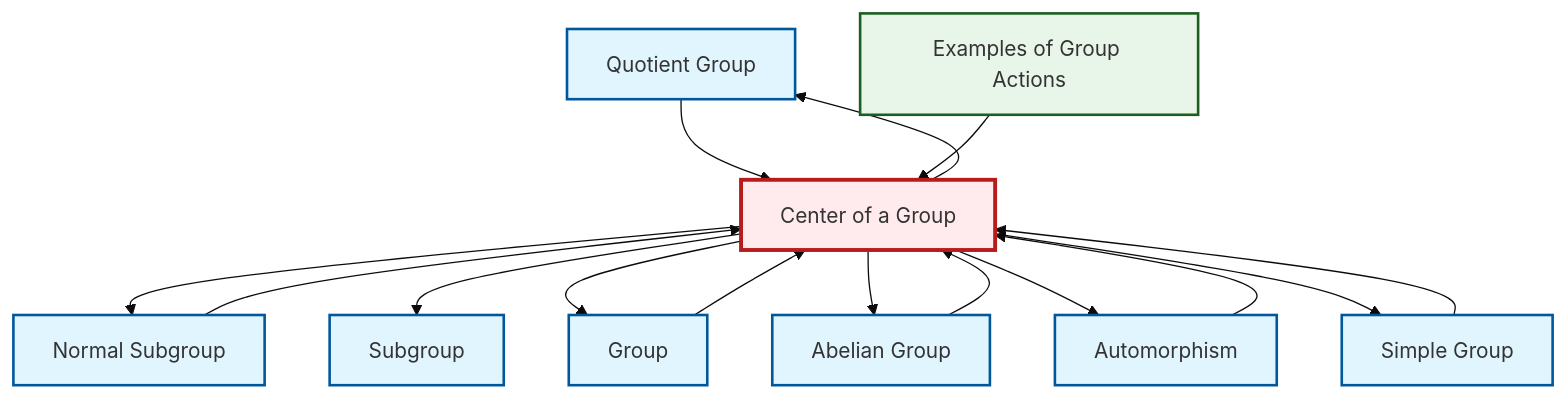
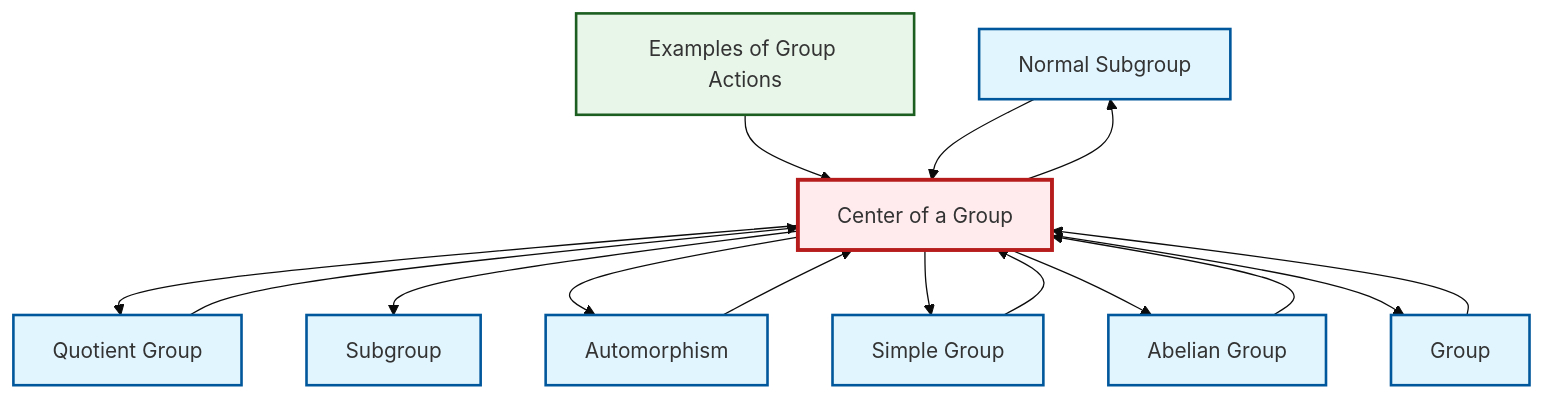
One commit to RK0429/ModernMath changed the diagram in output/mermaid/en/def-center-of-group.mermaid. Above: the diagram before and after it, drawn with Mermaid (base theme). The commit also changed other lines of this file and 1745 other files, not shown here.

```diff
--- a/output/mermaid/en/def-center-of-group.mermaid
+++ b/output/mermaid/en/def-center-of-group.mermaid
@@ -1,30 +1,30 @@
 graph TD
     classDef definition fill:#e1f5fe,stroke:#01579b,stroke-width:2px
     classDef theorem fill:#f3e5f5,stroke:#4a148c,stroke-width:2px
     classDef axiom fill:#fff3e0,stroke:#e65100,stroke-width:2px
     classDef example fill:#e8f5e9,stroke:#1b5e20,stroke-width:2px
     classDef current fill:#ffebee,stroke:#b71c1c,stroke-width:3px
-    def-quotient-group["Quotient Group"]:::definition
+    def-normal-subgroup["Normal Subgroup"]:::definition
+    def-center-of-group["Center of a Group"]:::definition
     def-subgroup["Subgroup"]:::definition
     ex-group-action-examples["Examples of Group Actions"]:::example
+    def-abelian-group["Abelian Group"]:::definition
+    def-quotient-group["Quotient Group"]:::definition
     def-group["Group"]:::definition
-    def-normal-subgroup["Normal Subgroup"]:::definition
+    def-simple-group["Simple Group"]:::definition
     def-automorphism["Automorphism"]:::definition
-    def-abelian-group["Abelian Group"]:::definition
-    def-center-of-group["Center of a Group"]:::definition
-    def-simple-group["Simple Group"]:::definition
+    def-simple-group --> def-center-of-group
     def-abelian-group --> def-center-of-group
+    def-automorphism --> def-center-of-group
+    def-center-of-group --> def-quotient-group
+    def-center-of-group --> def-subgroup
+    def-group --> def-center-of-group
     def-center-of-group --> def-normal-subgroup
+    def-center-of-group --> def-automorphism
+    def-center-of-group --> def-simple-group
+    ex-group-action-examples --> def-center-of-group
+    def-center-of-group --> def-abelian-group
+    def-normal-subgroup --> def-center-of-group
     def-quotient-group --> def-center-of-group
-    def-center-of-group --> def-subgroup
-    def-automorphism --> def-center-of-group
     def-center-of-group --> def-group
-    def-center-of-group --> def-abelian-group
-    ex-group-action-examples --> def-center-of-group
-    def-center-of-group --> def-automorphism
-    def-center-of-group --> def-quotient-group
-    def-center-of-group --> def-simple-group
-    def-normal-subgroup --> def-center-of-group
-    def-group --> def-center-of-group
-    def-simple-group --> def-center-of-group
     class def-center-of-group current
```
